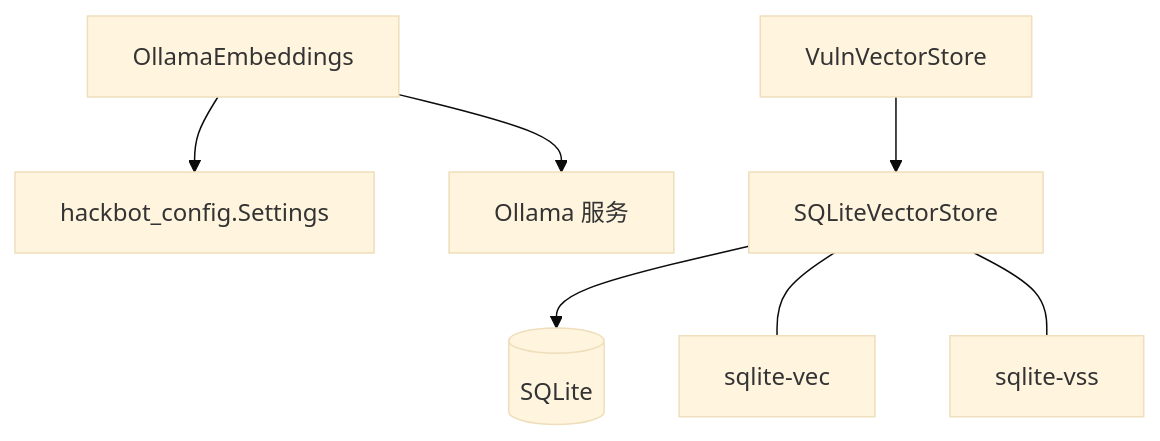
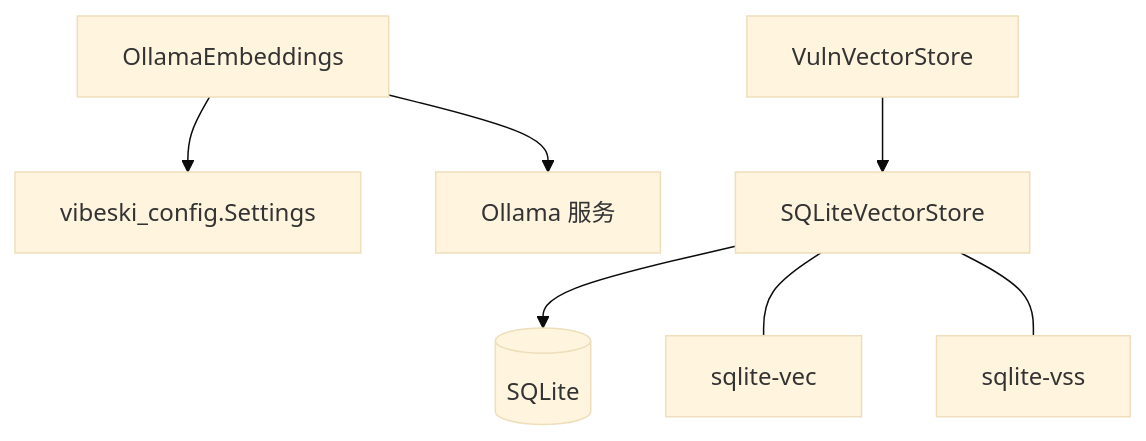
One commit to crabin/VIBESKI changed the fourth of 5 diagrams in .qoder/repowiki/zh/content/技能与记忆系统/记忆管理系统/向量存储系统.md. Above: the diagram before and after it, drawn with Mermaid (base theme). The commit also changed other lines of this file and 170 other files, not shown here.

Commit message:
chore: rename all secbot/hackbot identifiers to vibeski

````diff
--- a/.qoder/repowiki/zh/content/技能与记忆系统/记忆管理系统/向量存储系统.md
+++ b/.qoder/repowiki/zh/content/技能与记忆系统/记忆管理系统/向量存储系统.md
@@ -222,9 +222,9 @@
 ```mermaid
 graph TB
-EMB["OllamaEmbeddings"] --> CFG["hackbot_config.Settings"]
+EMB["OllamaEmbeddings"] --> CFG["vibeski_config.Settings"]
 EMB --> OLL["Ollama 服务"]
 VS["SQLiteVectorStore"] --> DB[("SQLite")]
 VS --- SV["sqlite-vec"]
 VS --- SSS["sqlite-vss"]
 VVS["VulnVectorStore"] --> VS
 ```
````
